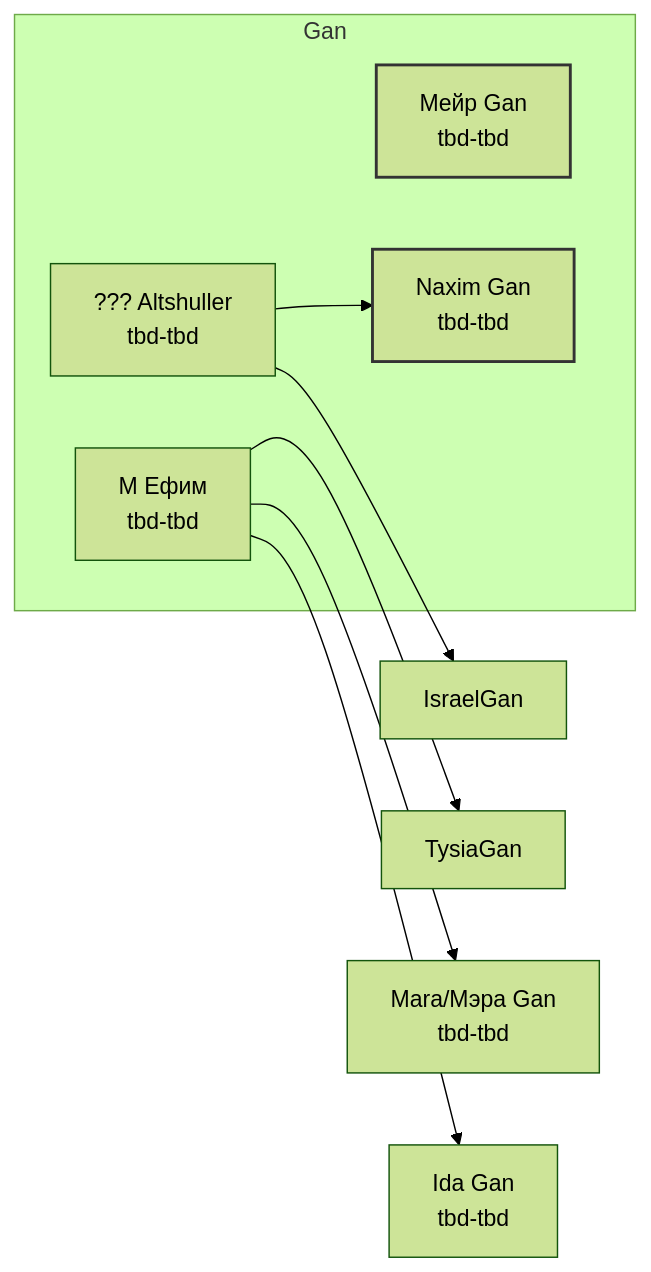
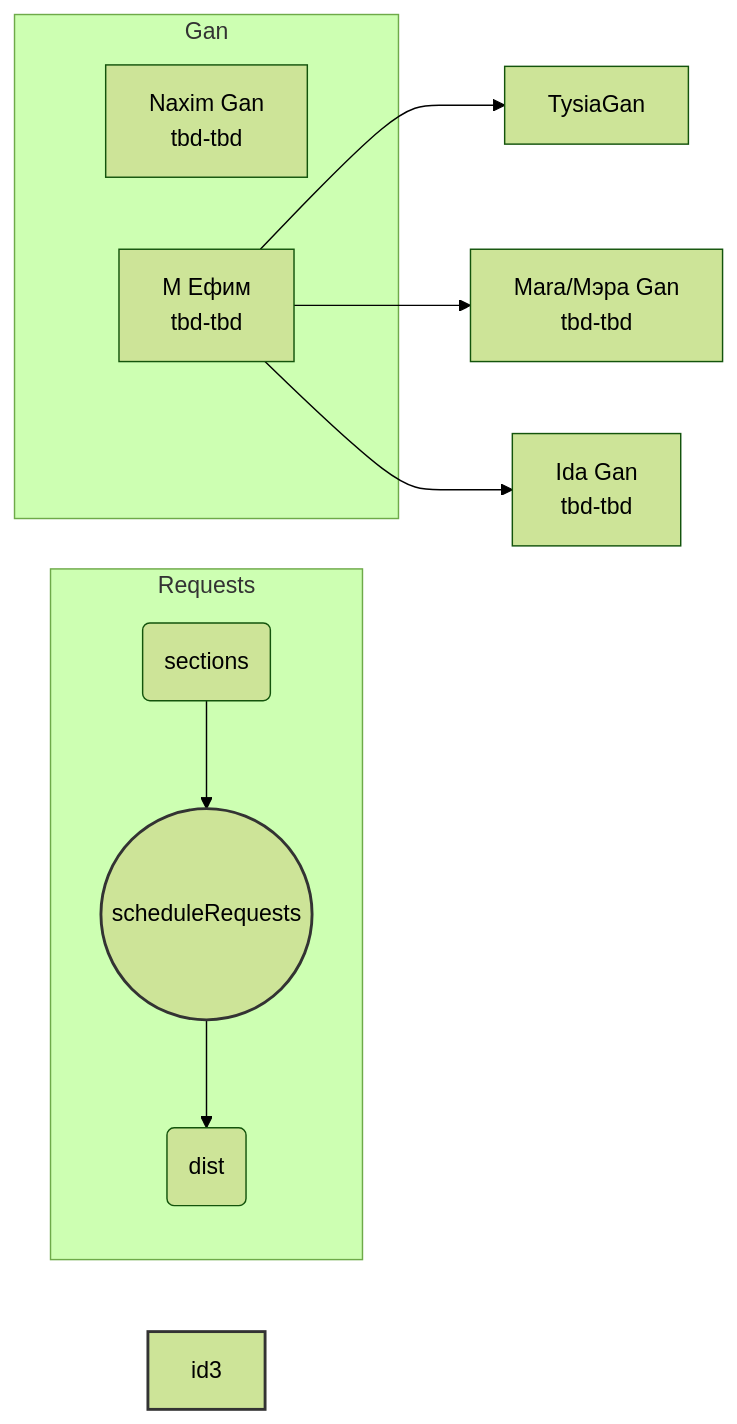
One commit to agiletechvn/go-ethereum-code-analysis changed the diagram in core-bloombits-analysis.md. Above: the diagram before and after it, drawn with Mermaid (forest theme).

Commit message:
update subgraph for core-bloombits

````diff
--- a/core-bloombits-analysis.md
+++ b/core-bloombits-analysis.md
@@ -97,23 +97,22 @@
 ```mermaid
 graph LR
 
-subgraph Gan
-    IsraelsFatherGan[Mейр Gan <br>tbd-tbd]
-    IsraelsFathersWife[??? Altshuller <br>tbd-tbd]
+subgraph Requests
+		id1(sections)
+	  id2((scheduleRequests))
+  	dist(dist)
 end
-IsraelsFathersWife --> IsraelGan
-IsraelsFathersWife --> NaximGan[Naxim Gan<br>tbd-tbd]
+id1 --> id2
+id2 --> dist
 
 subgraph Gan
     NaximGan[Naxim Gan<br>tbd-tbd]
     NaximGanWife[M Ефим<br>tbd-tbd]
 end
 NaximGanWife --> TysiaGan
 NaximGanWife --> MaraGan[Mara/Мэра Gan<br>tbd-tbd]
 NaximGanWife --> IdaGan[Ida Gan<br>tbd-tbd]
 
-
-
-style IsraelsFatherGan stroke: #333, stroke-width:2px;
-style NaximGan stroke: #333, stroke-width:2px;
+style id2 stroke: #333, stroke-width:2px;
+style id3 stroke: #333, stroke-width:2px;
 ```
````
